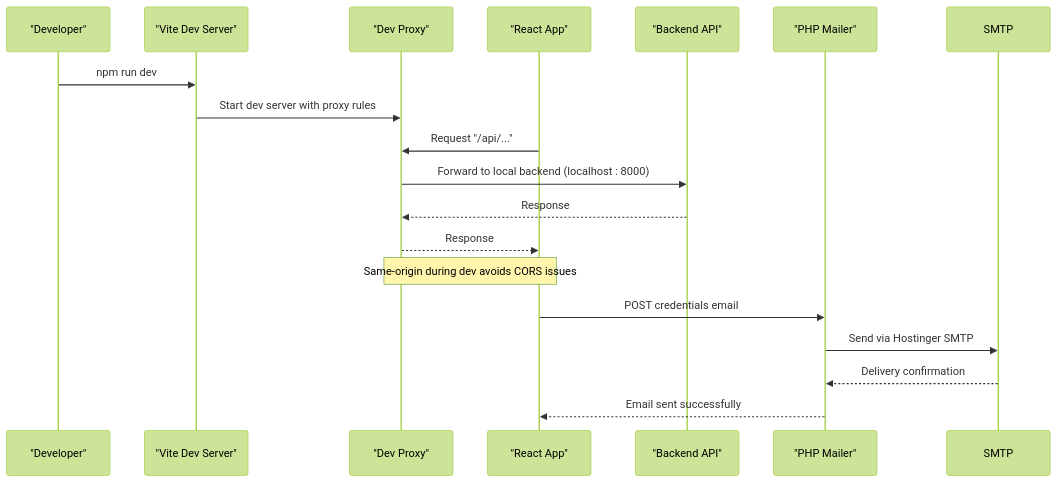
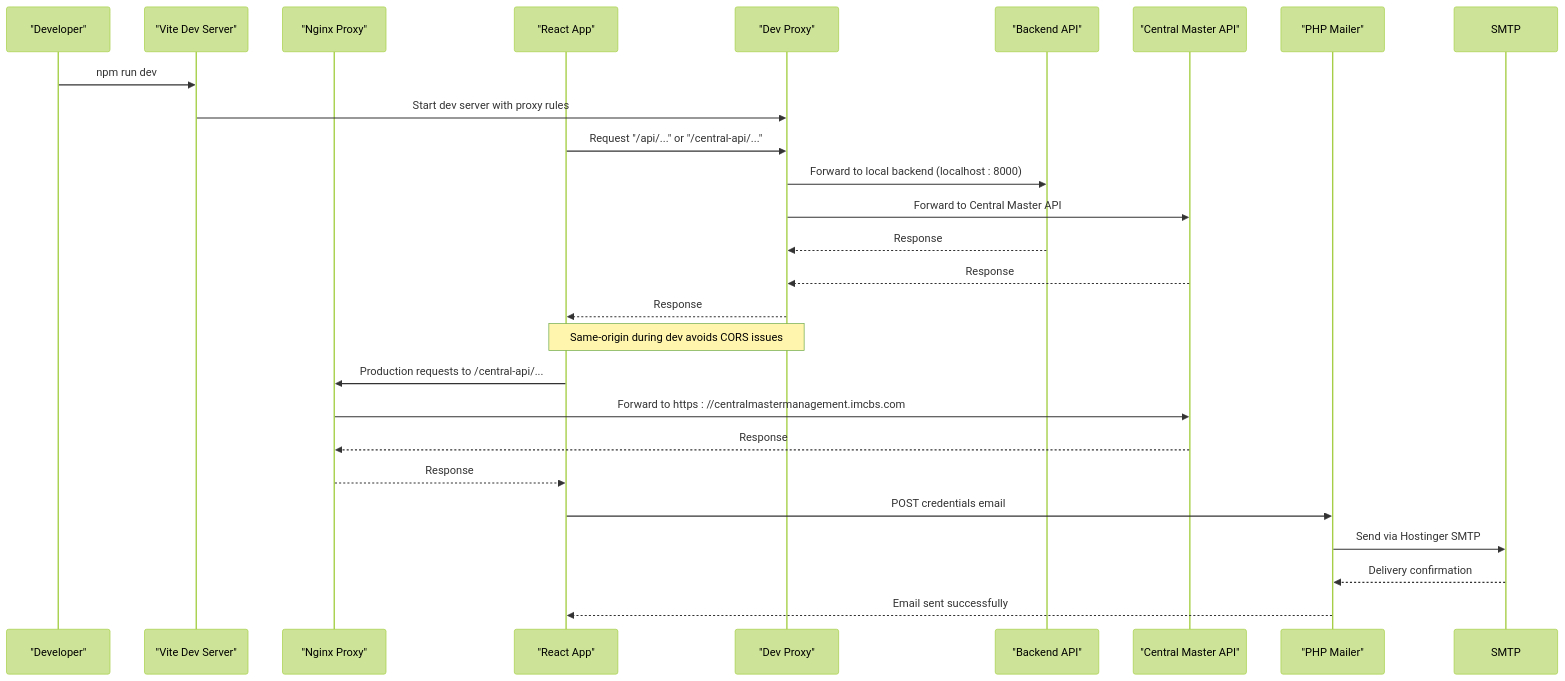
Before and after one commit to imcbsglobal/TRELLISCO_ERP_FRONTEND: the second of 14 diagrams in .qoder/repowiki/en/content/Configuration and Environment.md, drawn with Mermaid (forest theme). The commit also changed other lines of this file and 27 other files, not shown here.

````diff
--- a/.qoder/repowiki/en/content/Configuration and Environment.md
+++ b/.qoder/repowiki/en/content/Configuration and Environment.md
@@ -123,20 +150,28 @@
 ```mermaid
 sequenceDiagram
 participant Dev as "Developer"
 participant Vite as "Vite Dev Server"
+participant Nginx as "Nginx Proxy"
+participant App as "React App"
 participant Proxy as "Dev Proxy"
-participant App as "React App"
 participant API as "Backend API"
+participant Central as "Central Master API"
 participant Mailer as "PHP Mailer"
 Dev->>Vite : npm run dev
 Vite->>Proxy : Start dev server with proxy rules
-App->>Proxy : Request "/api/..."
+App->>Proxy : Request "/api/..." or "/central-api/..."
 Proxy->>API : Forward to local backend (localhost : 8000)
+Proxy->>Central : Forward to Central Master API
 API-->>Proxy : Response
+Central-->>Proxy : Response
 Proxy-->>App : Response
 Note over App,Proxy : Same-origin during dev avoids CORS issues
+App->>Nginx : Production requests to /central-api/...
+Nginx->>Central : Forward to https : //centralmastermanagement.imcbs.com
+Central-->>Nginx : Response
+Nginx-->>App : Response
 App->>Mailer : POST credentials email
 Mailer->>SMTP : Send via Hostinger SMTP
 SMTP-->>Mailer : Delivery confirmation
 Mailer-->>App : Email sent successfully
 ```
````
